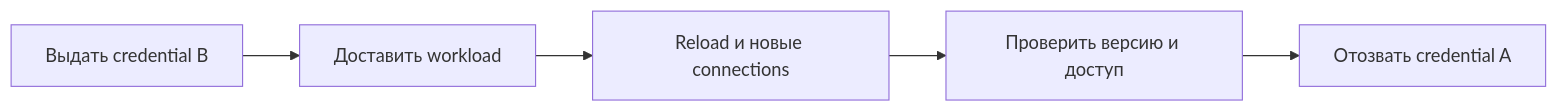
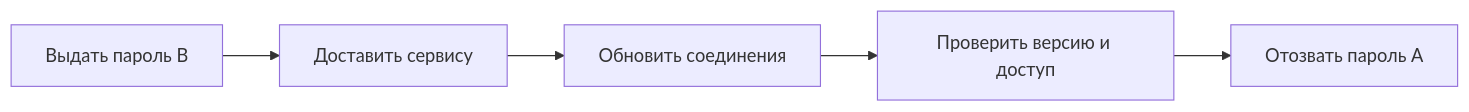
Before and after one commit to leary1337/vault: the diagram in docs/security/secrets.md, drawn with Mermaid. The commit also changed other lines of this file and 325 other files, not shown here.

````diff
--- a/docs/security/secrets.md
+++ b/docs/security/secrets.md
@@ -52,7 +44,7 @@
 ```mermaid
 flowchart LR
- A[Выдать credential B] --> D[Доставить workload]
- D --> R[Reload и новые connections]
+ A[Выдать пароль B] --> D[Доставить сервису]
+ D --> R[Обновить соединения]
  R --> V[Проверить версию и доступ]
- V --> X[Отозвать credential A]
+ V --> X[Отозвать пароль A]
 ```
````
